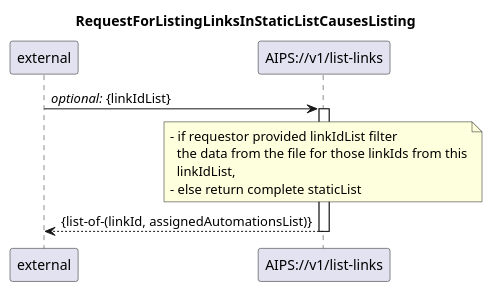
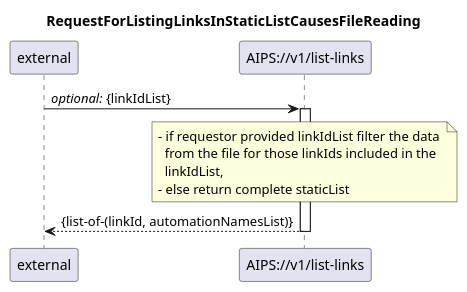
One commit to kmohr-soprasteria/AIPS_wip changed the diagram in diagrams/01 Automation management/106_listLinks.plantuml. Above: the diagram before and after it, drawn with PlantUML. The commit also changed 13 other files, not shown here.

Commit message:
modul 01 diagrams

```diff
--- a/diagrams/01 Automation management/106_listLinks.plantuml
+++ b/diagrams/01 Automation management/106_listLinks.plantuml
@@ -1,24 +1,24 @@
 @startuml 106_listLinks
 skinparam responseMessageBelowArrow true
 
 title
-RequestForListingLinksInStaticListCausesListing
+RequestForListingLinksInStaticListCausesFileReading
 end title
 
 participant "external" as requestor
 participant "AIPS://v1/list-links" as listLinks
 
 requestor -> listLinks: <i>optional:</i> {linkIdList}
 activate listLinks
 
 note over listLinks
-  - if requestor provided linkIdList filter
-    the data from the file for those linkIds from this
+  - if requestor provided linkIdList filter the data 
+    from the file for those linkIds included in the
     linkIdList,
   - else return complete staticList
 end note
-listLinks --> requestor: {list-of-(linkId, assignedAutomationsList)}
+listLinks --> requestor: {list-of-(linkId, automationNamesList)}
 
 deactivate listLinks
 
 @enduml
```
